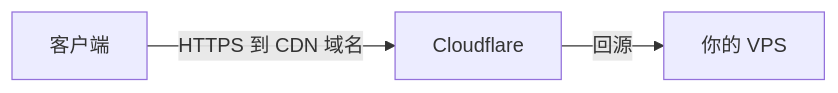
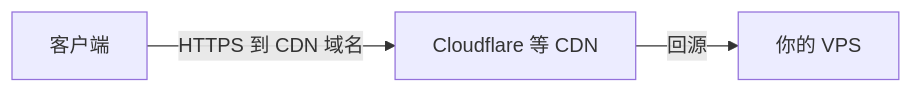
Before and after one commit to DamienZCollins/Personal-Proxy: the third of 3 diagrams in README.md, drawn with Mermaid. The commit also changed other lines of this file, not shown here.

````diff
--- a/README.md
+++ b/README.md
@@ -402,5 +266,5 @@
 ```mermaid
 flowchart LR
-    C[客户端] -->|"HTTPS 到 CDN 域名"| CDN["Cloudflare"]
+    C[客户端] -->|"HTTPS 到 CDN 域名"| CDN["Cloudflare 等 CDN"]
     CDN -->|"回源"| S["你的 VPS"]
 ```
````
